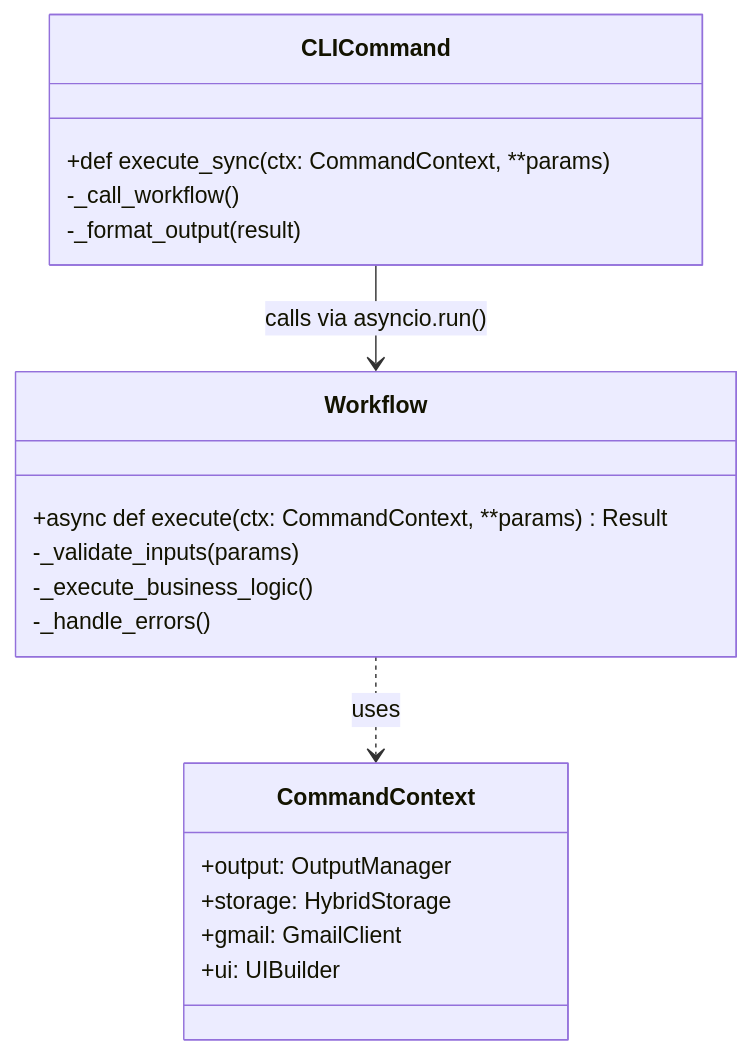
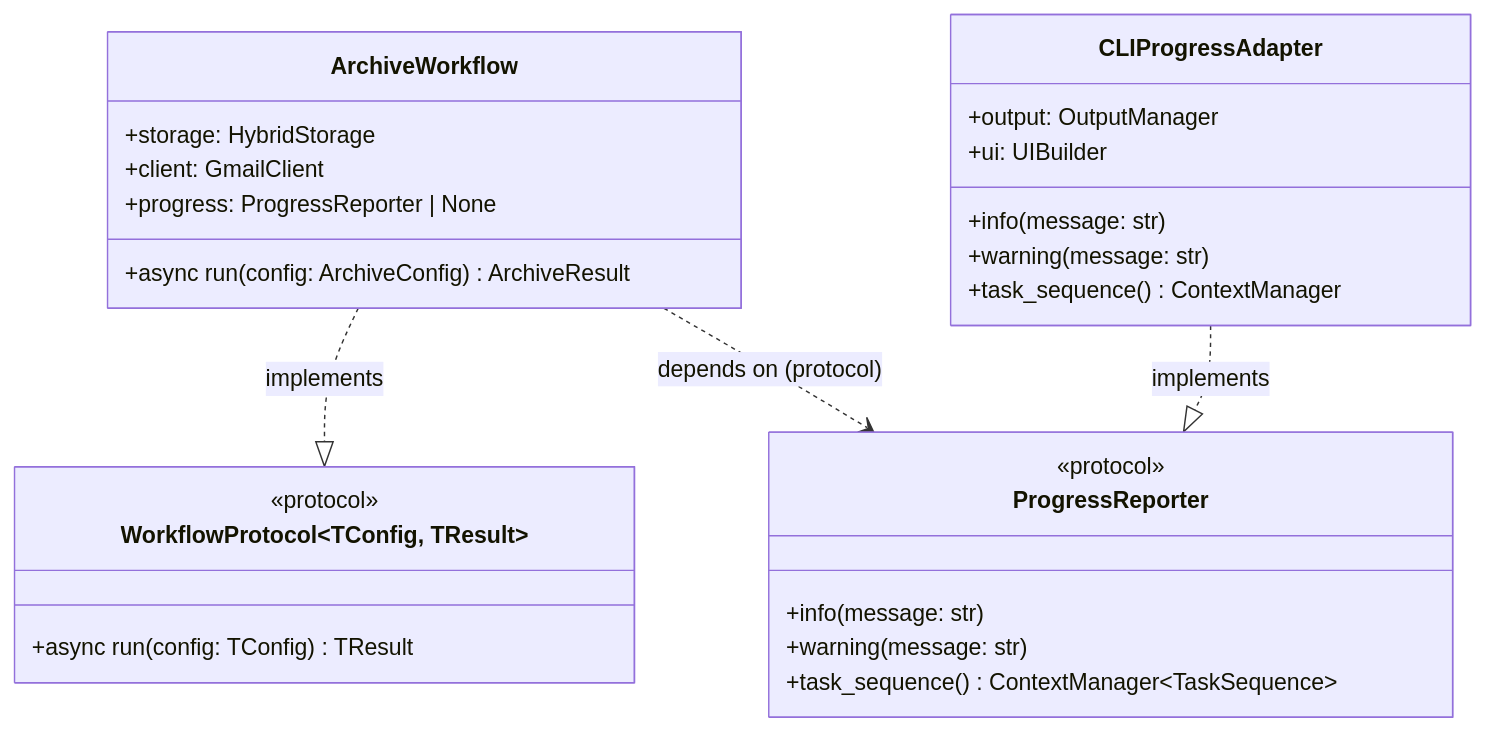
One commit to tumma72/GMailArchiver changed the first of 4 diagrams in src/gmailarchiver/core/workflows/ARCHITECTURE.md. Above: the diagram before and after it, drawn with Mermaid. The commit also changed other lines of this file and 81 other files, not shown here.

````diff
--- a/src/gmailarchiver/core/workflows/ARCHITECTURE.md
+++ b/src/gmailarchiver/core/workflows/ARCHITECTURE.md
@@ -19,25 +19,33 @@
 ```mermaid
 classDiagram
-    class Workflow {
-        +async def execute(ctx: CommandContext, **params) Result
-        -_validate_inputs(params)
-        -_execute_business_logic()
-        -_handle_errors()
+    class WorkflowProtocol~TConfig, TResult~ {
+        <<protocol>>
+        +async run(config: TConfig) TResult
     }
 
-    class CommandContext {
-        +output: OutputManager
-        +storage: HybridStorage
-        +gmail: GmailClient
-        +ui: UIBuilder
+    class ProgressReporter {
+        <<protocol>>
+        +info(message: str)
+        +warning(message: str)
+        +task_sequence() ContextManager~TaskSequence~
     }
 
-    class CLICommand {
-        +def execute_sync(ctx: CommandContext, **params)
-        -_call_workflow()
-        -_format_output(result)
+    class ArchiveWorkflow {
+        +storage: HybridStorage
+        +client: GmailClient
+        +progress: ProgressReporter | None
+        +async run(config: ArchiveConfig) ArchiveResult
     }
 
-    Workflow ..> CommandContext : uses
-    CLICommand --> Workflow : calls via asyncio.run()
+    class CLIProgressAdapter {
+        +output: OutputManager
+        +ui: UIBuilder
+        +info(message: str)
+        +warning(message: str)
+        +task_sequence() ContextManager
+    }
+
+    ArchiveWorkflow ..|> WorkflowProtocol : implements
+    CLIProgressAdapter ..|> ProgressReporter : implements
+    ArchiveWorkflow ..> ProgressReporter : depends on (protocol)
 ```
````
